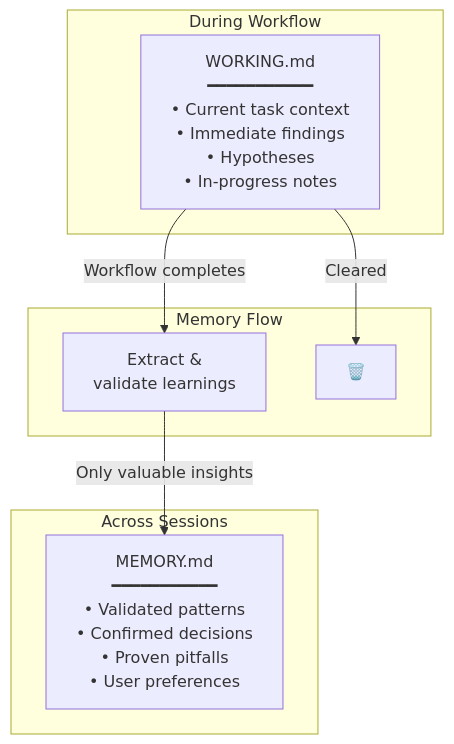
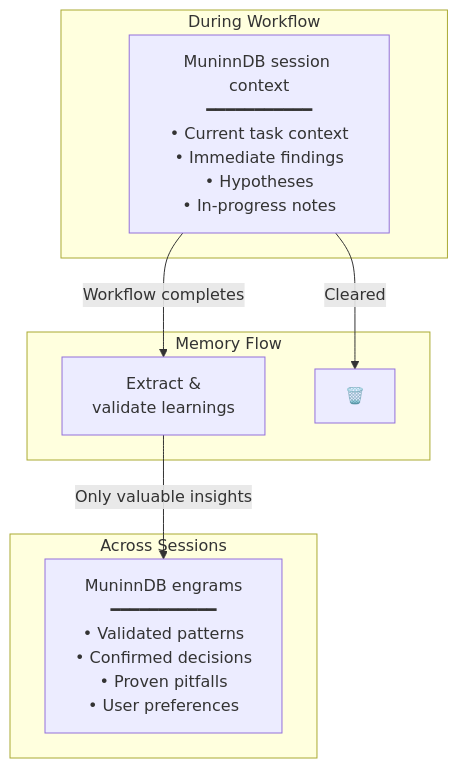
Diagram 11 of 12 in docs/agent-framework/luca/end-to-end-workflow.md (asibilia/luca-framework), drawn with Mermaid before and after one commit. The commit also changed other lines of this file and 820 other files, not shown here.

````diff
--- a/docs/agent-framework/luca/end-to-end-workflow.md
+++ b/docs/agent-framework/luca/end-to-end-workflow.md
@@ -572,16 +572,16 @@
 ```mermaid
 flowchart TB
     subgraph Workflow["During Workflow"]
-        WORKING["WORKING.md<br/>━━━━━━━━━━━<br/>• Current task context<br/>• Immediate findings<br/>• Hypotheses<br/>• In-progress notes"]
+        WORKING["MuninnDB session context<br/>━━━━━━━━━━━<br/>• Current task context<br/>• Immediate findings<br/>• Hypotheses<br/>• In-progress notes"]
     end
 
     subgraph Persistent["Across Sessions"]
-        MEMORY["MEMORY.md<br/>━━━━━━━━━━━<br/>• Validated patterns<br/>• Confirmed decisions<br/>• Proven pitfalls<br/>• User preferences"]
+        MEMORY["MuninnDB engrams<br/>━━━━━━━━━━━<br/>• Validated patterns<br/>• Confirmed decisions<br/>• Proven pitfalls<br/>• User preferences"]
     end
 
     subgraph Flow["Memory Flow"]
         WORKING -->|"Workflow completes"| EXTRACT["Extract &<br/>validate learnings"]
         EXTRACT -->|"Only valuable insights"| MEMORY
         WORKING -->|"Cleared"| CLEARED["🗑️"]
     end
 ```
````
